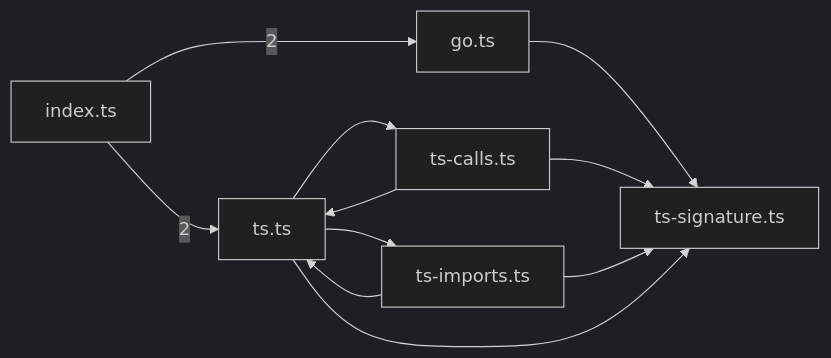
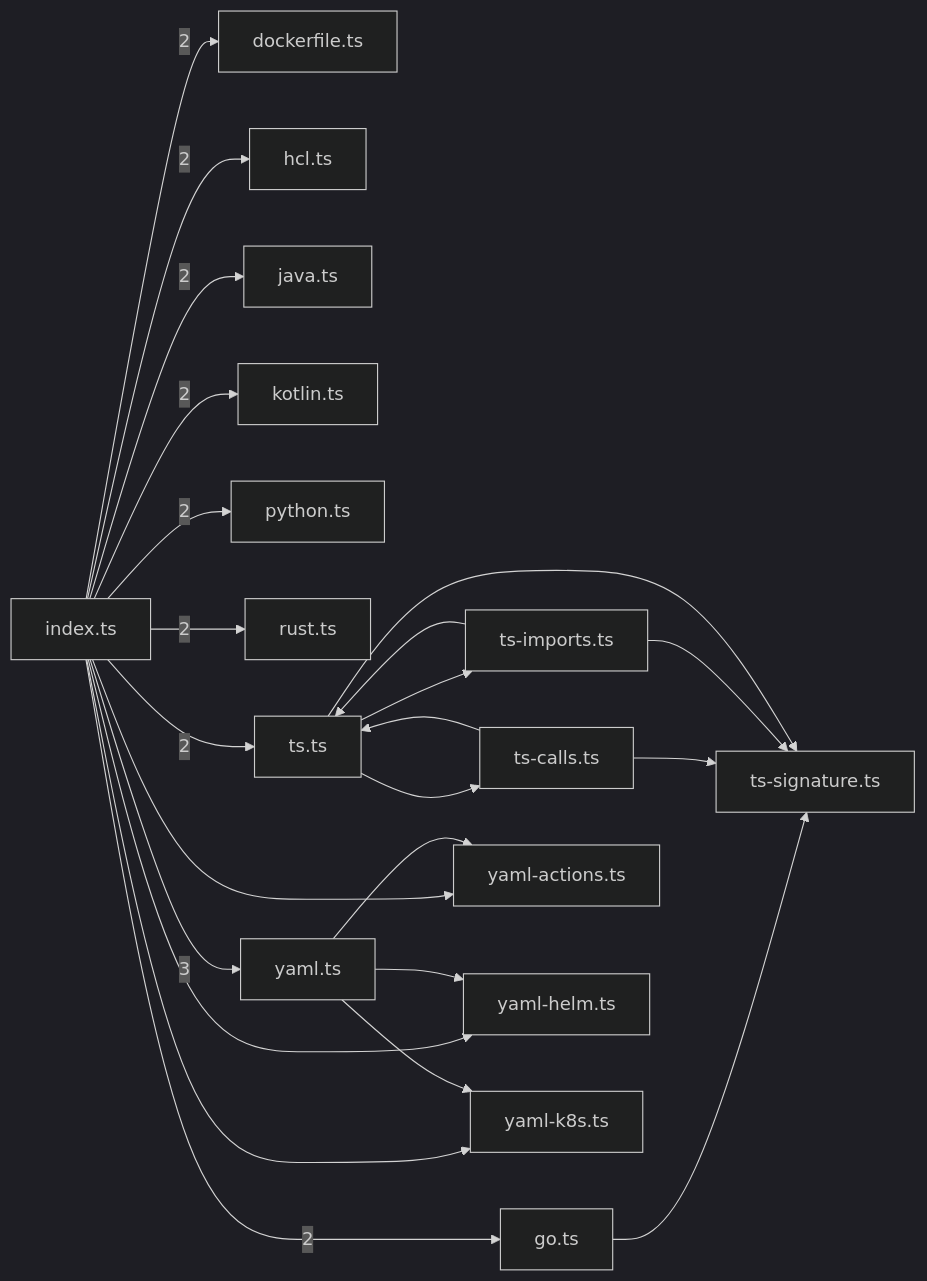
Before and after one commit to sns45/greplost: the third of 8 diagrams in .greplost/packages/greplost__core/MAP.md, drawn with Mermaid (dark theme). The commit also changed other lines of this file and 167 other files, not shown here.

First line of the commit message:
feat(build2): seam - schema 2, langOf, seven grammars, dispatch stubs, signals, references, bench harness

````diff
--- a/.greplost/packages/greplost__core/MAP.md
+++ b/.greplost/packages/greplost__core/MAP.md
@@ -142,19 +223,42 @@
 ```mermaid
 graph LR
+  packages_core_src_extract_dockerfile_ts["dockerfile.ts"]
   packages_core_src_extract_go_ts["go.ts"]
+  packages_core_src_extract_hcl_ts["hcl.ts"]
   packages_core_src_extract_index_ts["index.ts"]
+  packages_core_src_extract_java_ts["java.ts"]
+  packages_core_src_extract_kotlin_ts["kotlin.ts"]
+  packages_core_src_extract_python_ts["python.ts"]
+  packages_core_src_extract_rust_ts["rust.ts"]
   packages_core_src_extract_ts_calls_ts["ts-calls.ts"]
   packages_core_src_extract_ts_imports_ts["ts-imports.ts"]
   packages_core_src_extract_ts_signature_ts["ts-signature.ts"]
   packages_core_src_extract_ts_ts["ts.ts"]
+  packages_core_src_extract_yaml_actions_ts["yaml-actions.ts"]
+  packages_core_src_extract_yaml_helm_ts["yaml-helm.ts"]
+  packages_core_src_extract_yaml_k8s_ts["yaml-k8s.ts"]
+  packages_core_src_extract_yaml_ts["yaml.ts"]
   packages_core_src_extract_go_ts --> packages_core_src_extract_ts_signature_ts
+  packages_core_src_extract_index_ts -->|2| packages_core_src_extract_dockerfile_ts
   packages_core_src_extract_index_ts -->|2| packages_core_src_extract_go_ts
+  packages_core_src_extract_index_ts -->|2| packages_core_src_extract_hcl_ts
+  packages_core_src_extract_index_ts -->|2| packages_core_src_extract_java_ts
+  packages_core_src_extract_index_ts -->|2| packages_core_src_extract_kotlin_ts
+  packages_core_src_extract_index_ts -->|2| packages_core_src_extract_python_ts
+  packages_core_src_extract_index_ts -->|2| packages_core_src_extract_rust_ts
   packages_core_src_extract_index_ts -->|2| packages_core_src_extract_ts_ts
+  packages_core_src_extract_index_ts --> packages_core_src_extract_yaml_actions_ts
+  packages_core_src_extract_index_ts --> packages_core_src_extract_yaml_helm_ts
+  packages_core_src_extract_index_ts --> packages_core_src_extract_yaml_k8s_ts
+  packages_core_src_extract_index_ts -->|3| packages_core_src_extract_yaml_ts
   packages_core_src_extract_ts_calls_ts --> packages_core_src_extract_ts_signature_ts
   packages_core_src_extract_ts_calls_ts --> packages_core_src_extract_ts_ts
   packages_core_src_extract_ts_imports_ts --> packages_core_src_extract_ts_signature_ts
   packages_core_src_extract_ts_imports_ts --> packages_core_src_extract_ts_ts
   packages_core_src_extract_ts_ts --> packages_core_src_extract_ts_calls_ts
   packages_core_src_extract_ts_ts --> packages_core_src_extract_ts_imports_ts
   packages_core_src_extract_ts_ts --> packages_core_src_extract_ts_signature_ts
+  packages_core_src_extract_yaml_ts --> packages_core_src_extract_yaml_actions_ts
+  packages_core_src_extract_yaml_ts --> packages_core_src_extract_yaml_helm_ts
+  packages_core_src_extract_yaml_ts --> packages_core_src_extract_yaml_k8s_ts
 ```
````
